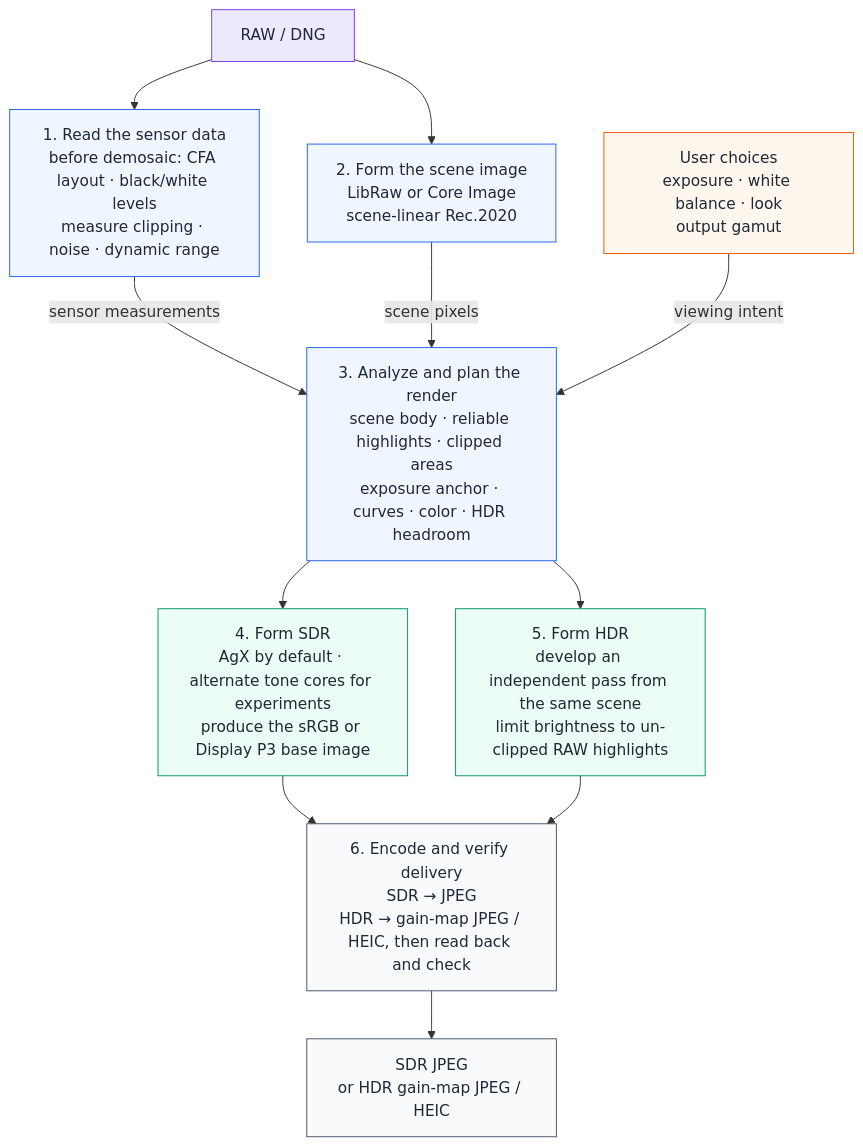
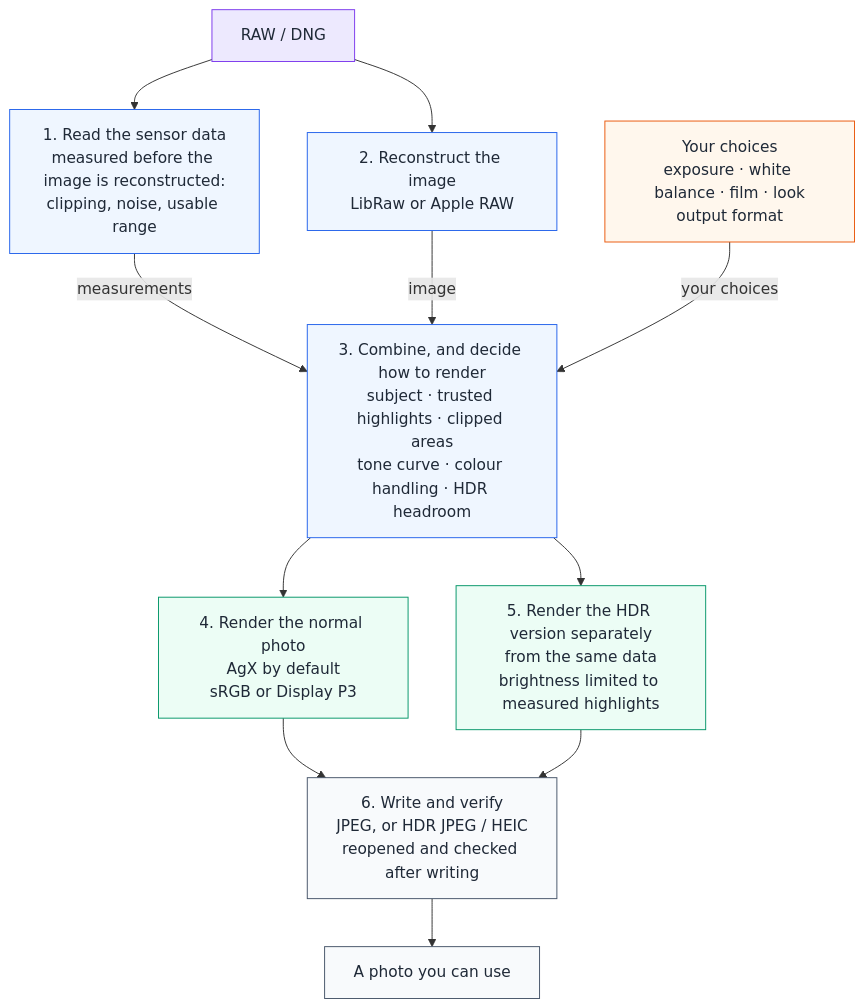
One commit to Gen-416/AgXRAW changed the diagram in README.md. Above: the diagram before and after it, drawn with Mermaid. The commit also changed other lines of this file and 16 other files, not shown here.

````diff
--- a/README.md
+++ b/README.md
@@ -298,34 +187,34 @@
 ```mermaid
 flowchart TB
     RAW["RAW / DNG"]
-    E["1. Read the sensor data<br/>before demosaic: CFA layout · black/white levels<br/>measure clipping · noise · dynamic range"]
-    D["2. Form the scene image<br/>LibRaw or Core Image<br/>scene-linear Rec.2020"]
-    I["User choices<br/>exposure · white balance · look<br/>output gamut"]
-    P["3. Analyze and plan the render<br/>scene body · reliable highlights · clipped areas<br/>exposure anchor · curves · color · HDR headroom"]
-    S["4. Form SDR<br/>AgX by default · alternate tone cores for experiments<br/>produce the sRGB or Display P3 base image"]
-    H["5. Form HDR<br/>develop an independent pass from the same scene<br/>limit brightness to un-clipped RAW highlights"]
-    V["6. Encode and verify delivery<br/>SDR → JPEG<br/>HDR → gain-map JPEG / HEIC, then read back and check"]
-    OUT["SDR JPEG<br/>or HDR gain-map JPEG / HEIC"]
+    E["1. Read the sensor data<br/>measured before the image is reconstructed:<br/>clipping, noise, usable range"]
+    D["2. Reconstruct the image<br/>LibRaw or Apple RAW"]
+    I["Your choices<br/>exposure · white balance · film · look<br/>output format"]
+    P["3. Combine, and decide how to render<br/>subject · trusted highlights · clipped areas<br/>tone curve · colour handling · HDR headroom"]
+    S["4. Render the normal photo<br/>AgX by default<br/>sRGB or Display P3"]
+    H["5. Render the HDR version separately<br/>from the same data<br/>brightness limited to measured highlights"]
+    V["6. Write and verify<br/>JPEG, or HDR JPEG / HEIC<br/>reopened and checked after writing"]
+    OUT["A photo you can use"]
 
     RAW --> E
     RAW --> D
-    E -- "sensor measurements" --> P
-    D -- "scene pixels" --> P
-    I -- "viewing intent" --> P
+    E -- "measurements" --> P
+    D -- "image" --> P
+    I -- "your choices" --> P
     P --> S
     P --> H
     S --> V
     H --> V
     V --> OUT
 
     classDef source fill:#ede9fe,stroke:#7c3aed,color:#1f2937
     classDef process fill:#eff6ff,stroke:#2563eb,color:#1f2937
     classDef intent fill:#fff7ed,stroke:#ea580c,color:#1f2937
     classDef render fill:#ecfdf5,stroke:#059669,color:#1f2937
     classDef delivery fill:#f8fafc,stroke:#475569,color:#1f2937
     class RAW source
     class E,D,P process
     class I intent
     class S,H render
     class V,OUT delivery
 ```
````
